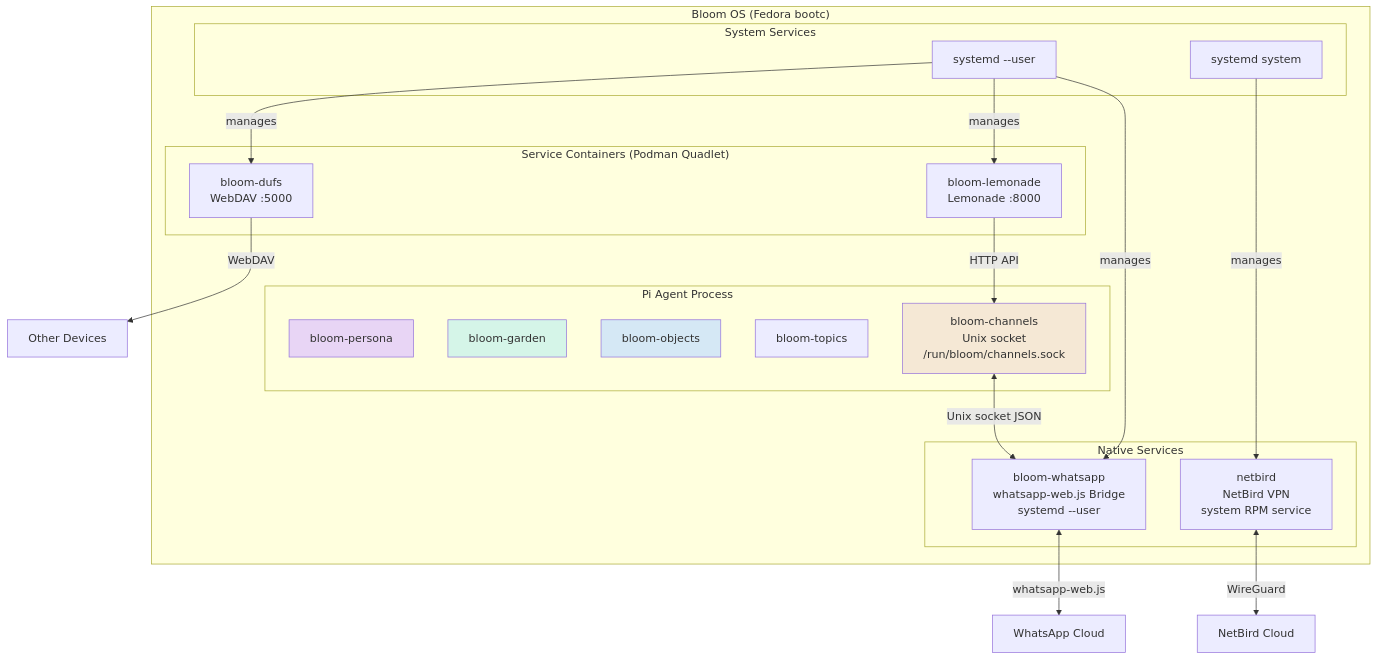
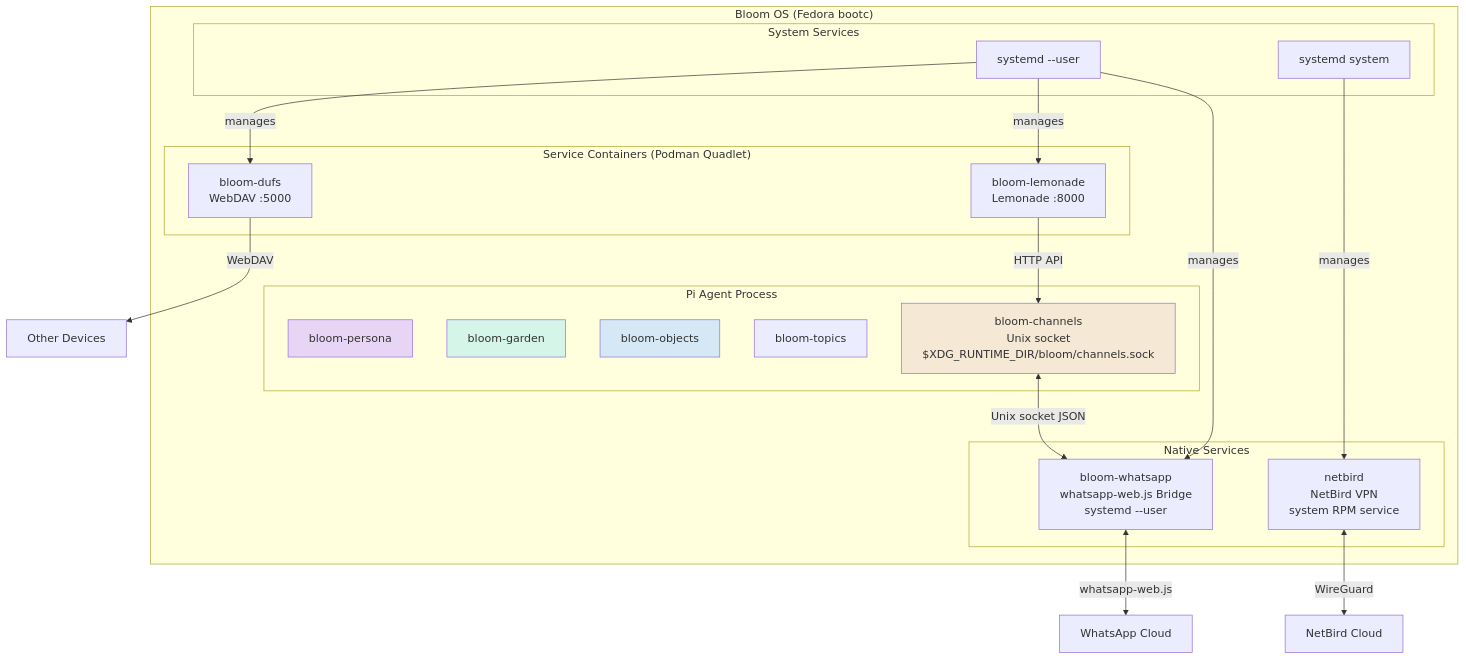
Before and after one commit to alexradunet/pibloom: the second of 6 diagrams in docs/service-architecture.md, drawn with Mermaid. The commit also changed 15 other files, not shown here.

````diff
--- a/docs/service-architecture.md
+++ b/docs/service-architecture.md
@@ -38,42 +38,42 @@
 ```mermaid
 graph TB
     subgraph "Bloom OS (Fedora bootc)"
         subgraph "Pi Agent Process"
             persona[bloom-persona]
             garden[bloom-garden]
             objects[bloom-objects]
             topics[bloom-topics]
-            channels[bloom-channels<br/>Unix socket<br/>/run/bloom/channels.sock]
+            channels[bloom-channels<br/>Unix socket<br/>$XDG_RUNTIME_DIR/bloom/channels.sock]
         end
 
         subgraph "Service Containers (Podman Quadlet)"
             lemonade[bloom-lemonade<br/>Lemonade :8000]
             dufs[bloom-dufs<br/>WebDAV :5000]
         end
 
         subgraph "Native Services"
             wa[bloom-whatsapp<br/>whatsapp-web.js Bridge<br/>systemd --user]
             netbird[netbird<br/>NetBird VPN<br/>system RPM service]
         end
 
         subgraph "System Services"
             systemd[systemd --user]
             systemd_sys[systemd system]
         end
     end
 
     channels <-->|Unix socket JSON| wa
     wa <-->|whatsapp-web.js| whatsapp_cloud[WhatsApp Cloud]
     lemonade -->|HTTP API| channels
     netbird <-->|WireGuard| netbird_cloud[NetBird Cloud]
     dufs -->|WebDAV| devices[Other Devices]
     systemd -->|manages| wa
     systemd -->|manages| lemonade
     systemd -->|manages| dufs
     systemd_sys -->|manages| netbird
 
     style persona fill:#e8d5f5
     style garden fill:#d5f5e8
     style objects fill:#d5e8f5
     style channels fill:#f5e8d5
 ```
````
